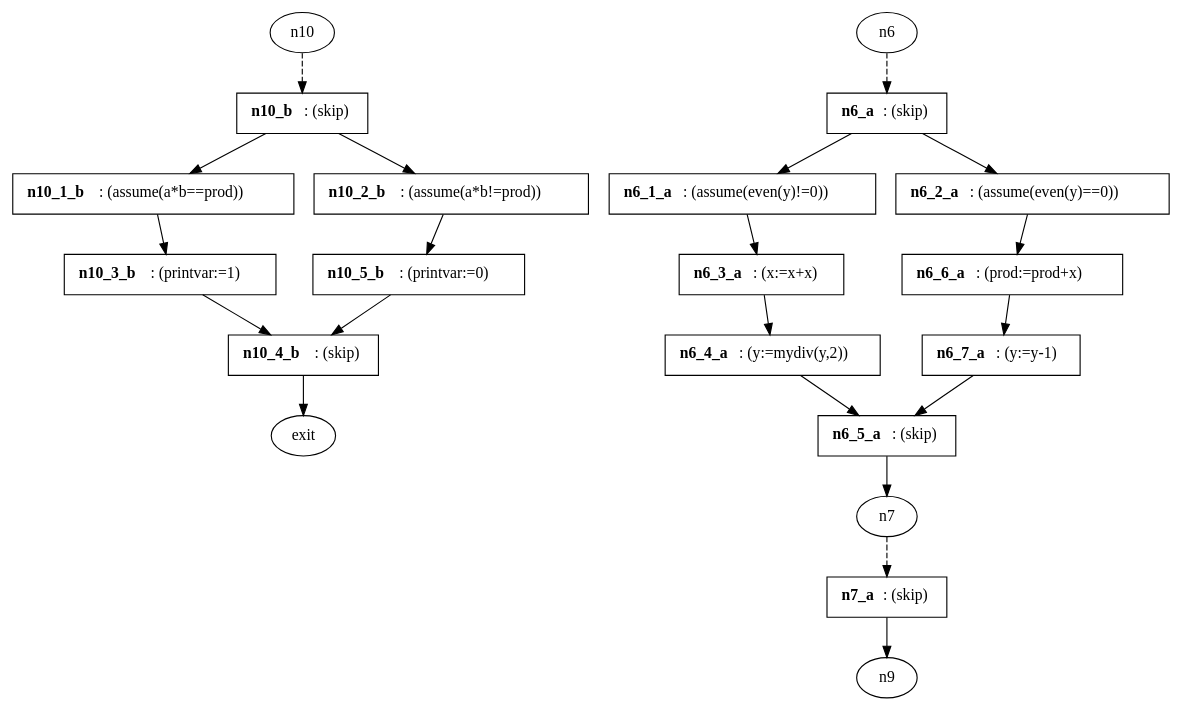
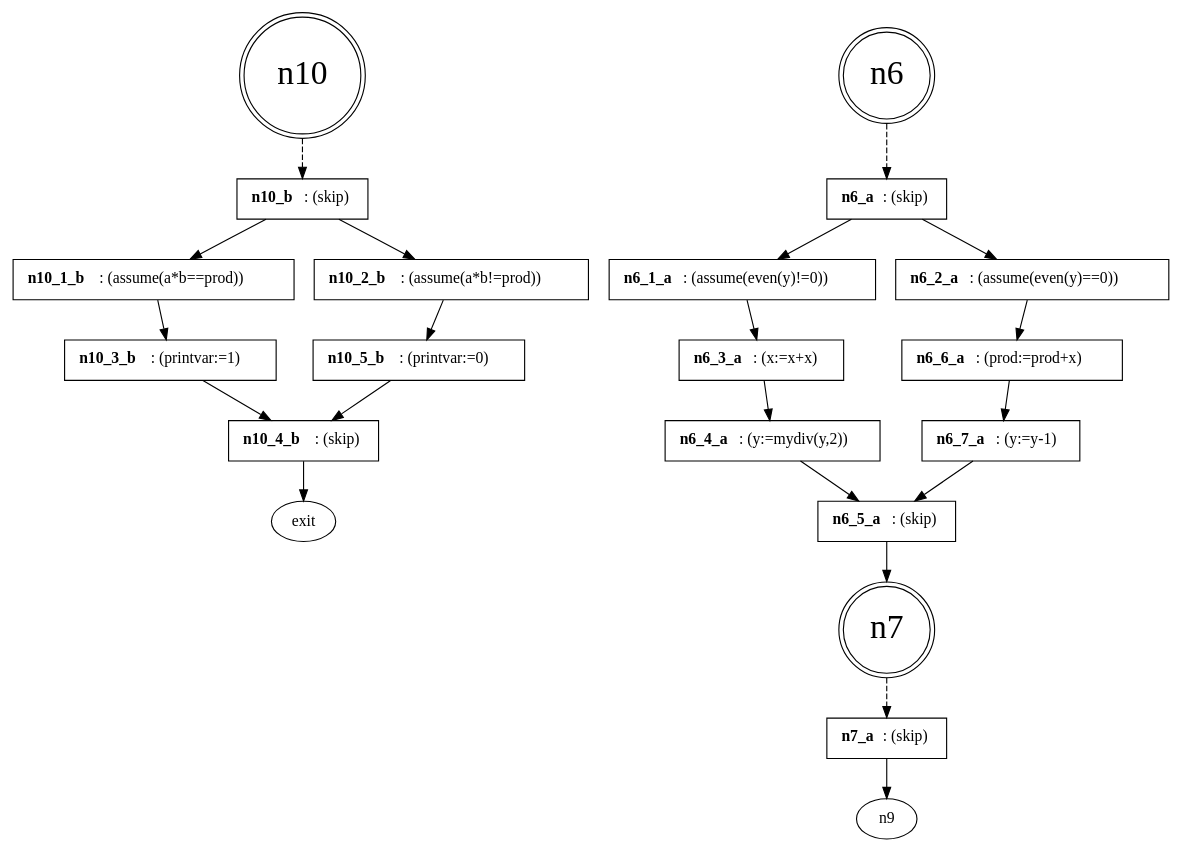
Before and after one commit to marcelosousa/safemerge: the diagram in examples/reps/ex2/m.dot, drawn with Graphviz. The commit also changed 2 other files, not shown here.

```diff
--- a/examples/reps/ex2/m.dot
+++ b/examples/reps/ex2/m.dot
@@ -1,37 +1,40 @@
 digraph product {
+n10 [fontsize=30, shape=doublecircle]
 n10 -> n10_b[style="dashed"];
 n10_1_b [label=< <B>n10_1_b</B>: (assume(a*b==prod))>, shape=box]
 n10_1_b -> n10_3_b
 n10_2_b [label=< <B>n10_2_b</B>: (assume(a*b!=prod))>, shape=box]
 n10_2_b -> n10_5_b
 n10_3_b [label=< <B>n10_3_b</B>: (printvar:=1)>, shape=box]
 n10_3_b -> n10_4_b
 n10_4_b [label=< <B>n10_4_b</B>: (skip)>, shape=box]
 n10_4_b -> exit
 n10_5_b [label=< <B>n10_5_b</B>: (printvar:=0)>, shape=box]
 n10_5_b -> n10_4_b
 n10_b [label=< <B>n10_b</B>: (skip)>, shape=box]
 n10_b -> n10_1_b
 n10_b -> n10_2_b
+n6 [fontsize=30, shape=doublecircle]
 n6 -> n6_a[style="dashed"];
 n6_1_a [label=< <B>n6_1_a</B>: (assume(even(y)!=0))>, shape=box]
 n6_1_a -> n6_3_a
 n6_2_a [label=< <B>n6_2_a</B>: (assume(even(y)==0))>, shape=box]
 n6_2_a -> n6_6_a
 n6_3_a [label=< <B>n6_3_a</B>: (x:=x+x)>, shape=box]
 n6_3_a -> n6_4_a
 n6_4_a [label=< <B>n6_4_a</B>: (y:=mydiv(y,2))>, shape=box]
 n6_4_a -> n6_5_a
 n6_5_a [label=< <B>n6_5_a</B>: (skip)>, shape=box]
 n6_5_a -> n7
 n6_6_a [label=< <B>n6_6_a</B>: (prod:=prod+x)>, shape=box]
 n6_6_a -> n6_7_a
 n6_7_a [label=< <B>n6_7_a</B>: (y:=y-1)>, shape=box]
 n6_7_a -> n6_5_a
 n6_a [label=< <B>n6_a</B>: (skip)>, shape=box]
 n6_a -> n6_1_a
 n6_a -> n6_2_a
+n7 [fontsize=30, shape=doublecircle]
 n7 -> n7_a[style="dashed"];
 n7_a [label=< <B>n7_a</B>: (skip)>, shape=box]
 n7_a -> n9
 }
```
